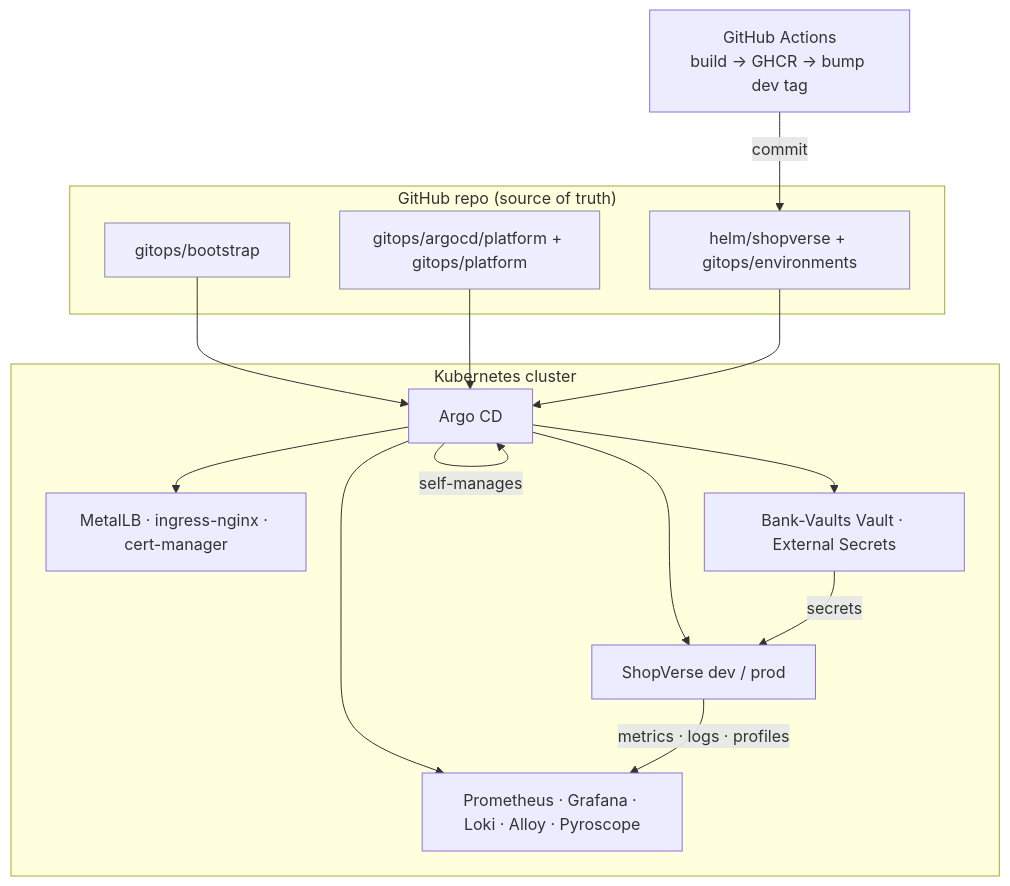
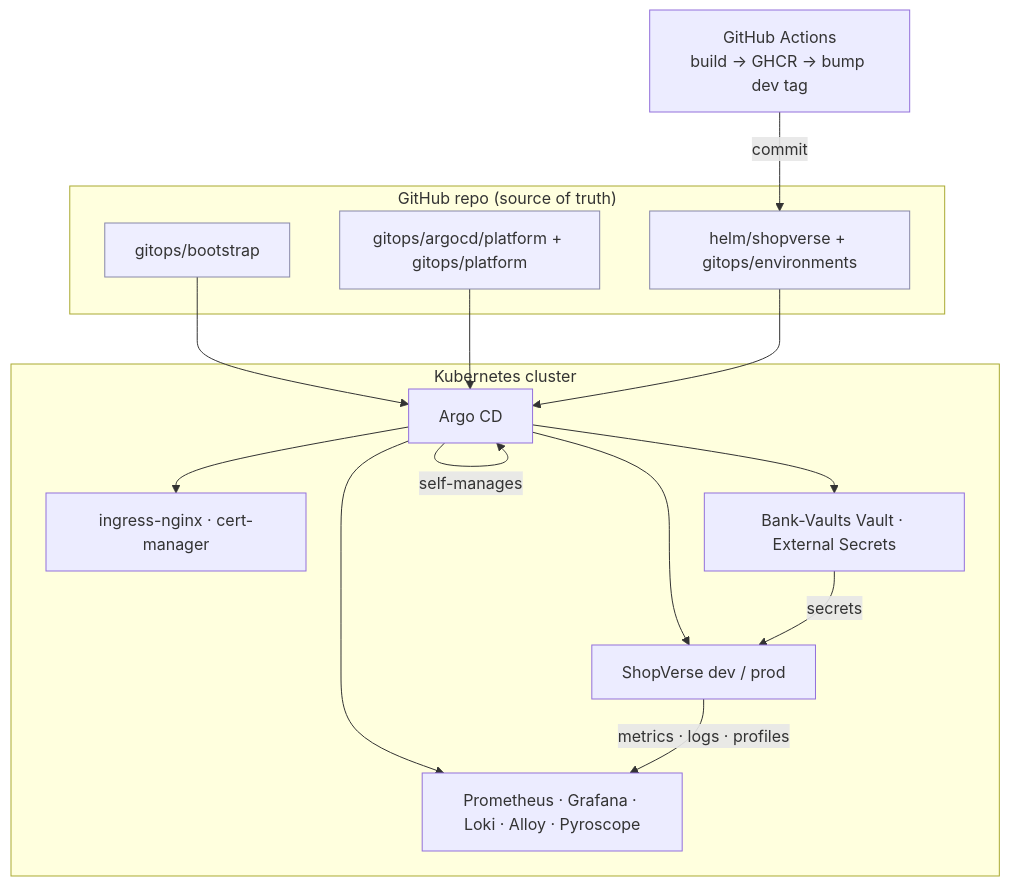
One commit to Shaggydesai/MicroService-App changed the diagram in README.md. Above: the diagram before and after it, drawn with Mermaid. The commit also changed other lines of this file and 24 other files, not shown here.

````diff
--- a/README.md
+++ b/README.md
@@ -23,20 +25,20 @@
 ```mermaid
 flowchart TB
   subgraph Git["GitHub repo (source of truth)"]
     BOOT[gitops/bootstrap]:::g
     PLAT[gitops/argocd/platform + gitops/platform]:::g
     APP[helm/shopverse + gitops/environments]:::g
   end
   CI[GitHub Actions<br/>build → GHCR → bump dev tag] -->|commit| APP
   subgraph K8s["Kubernetes cluster"]
     ARGO[Argo CD] -->|self-manages| ARGO
-    ARGO --> P1[MetalLB · ingress-nginx · cert-manager]
+    ARGO --> P1[ingress-nginx · cert-manager]
     ARGO --> P2[Bank-Vaults Vault · External Secrets]
     ARGO --> P3[Prometheus · Grafana · Loki · Alloy · Pyroscope]
     ARGO --> SV[ShopVerse dev / prod]
     P2 -->|secrets| SV
     SV -->|metrics · logs · profiles| P3
   end
   BOOT & PLAT & APP --> ARGO
   classDef g fill:#eef,stroke:#88a
 ```
````
